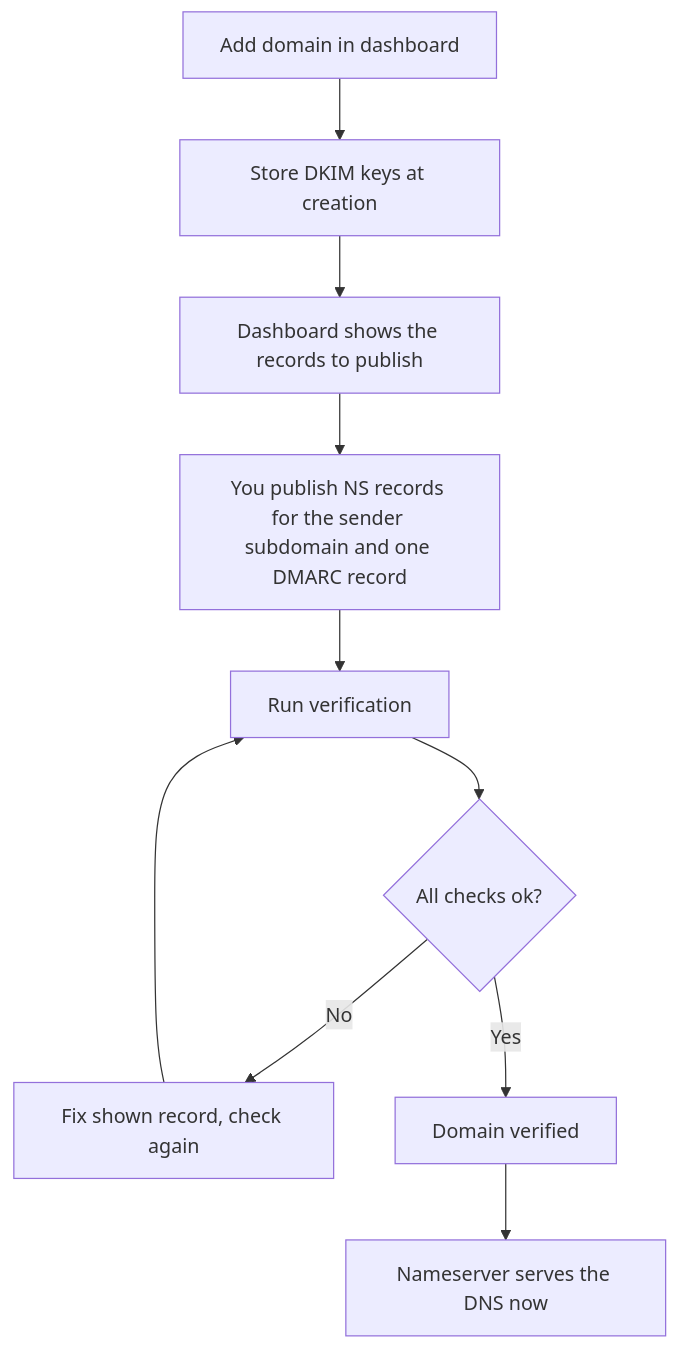
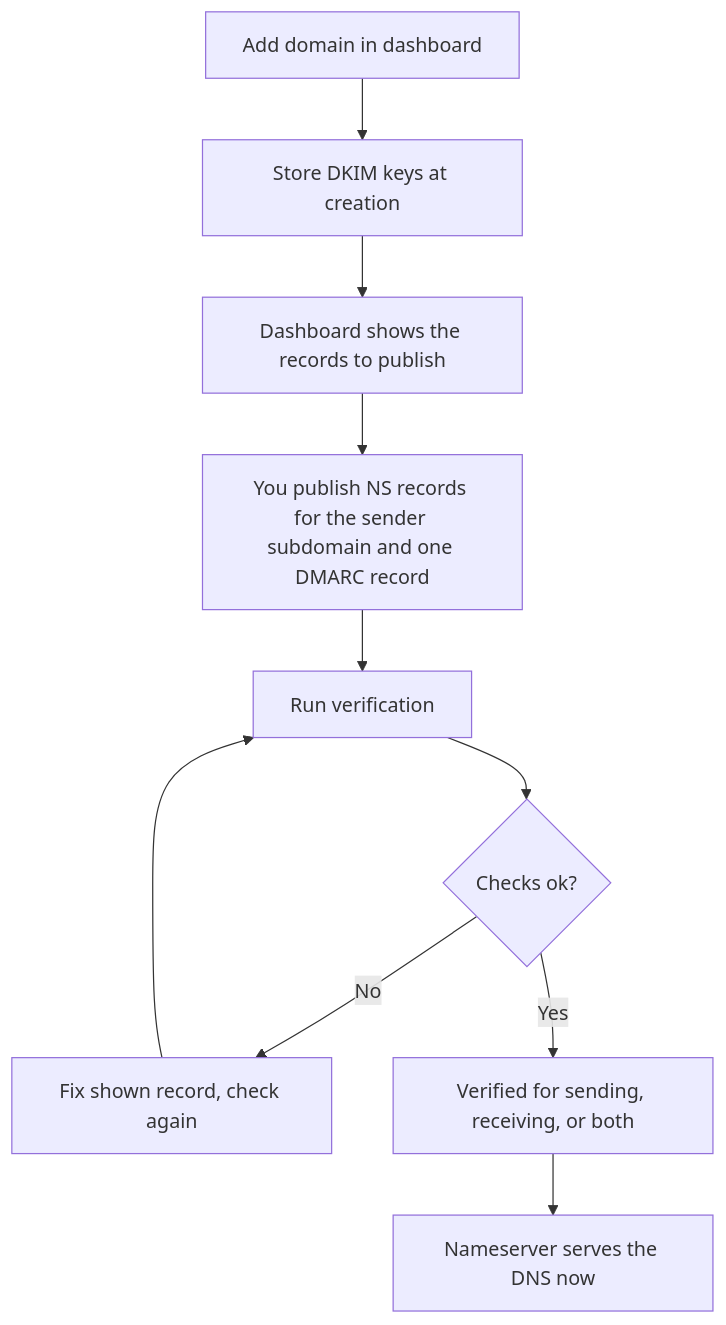
The second of 2 diagrams in docs/docs/domains.md (codingjoe/relay), drawn with Mermaid before and after one commit. The commit also changed other lines of this file and 9 other files, not shown here.

First line of the commit message:
Split domain verification into sending and receiving purposes

````diff
--- a/docs/docs/domains.md
+++ b/docs/docs/domains.md
@@ -63,12 +63,12 @@
 ```mermaid
 flowchart TD
     A[Add domain in dashboard] --> B[Store DKIM keys at creation]
     B --> C[Dashboard shows the records to publish]
     C --> D[You publish NS records for the sender subdomain and one DMARC record]
     D --> E[Run verification]
-    E --> F{All checks ok?}
+    E --> F{Checks ok?}
     F -- No --> G[Fix shown record, check again]
     G --> E
-    F -- Yes --> H[Domain verified]
+    F -- Yes --> H[Verified for sending, receiving, or both]
     H --> I[Nameserver serves the DNS now]
 ```
````
